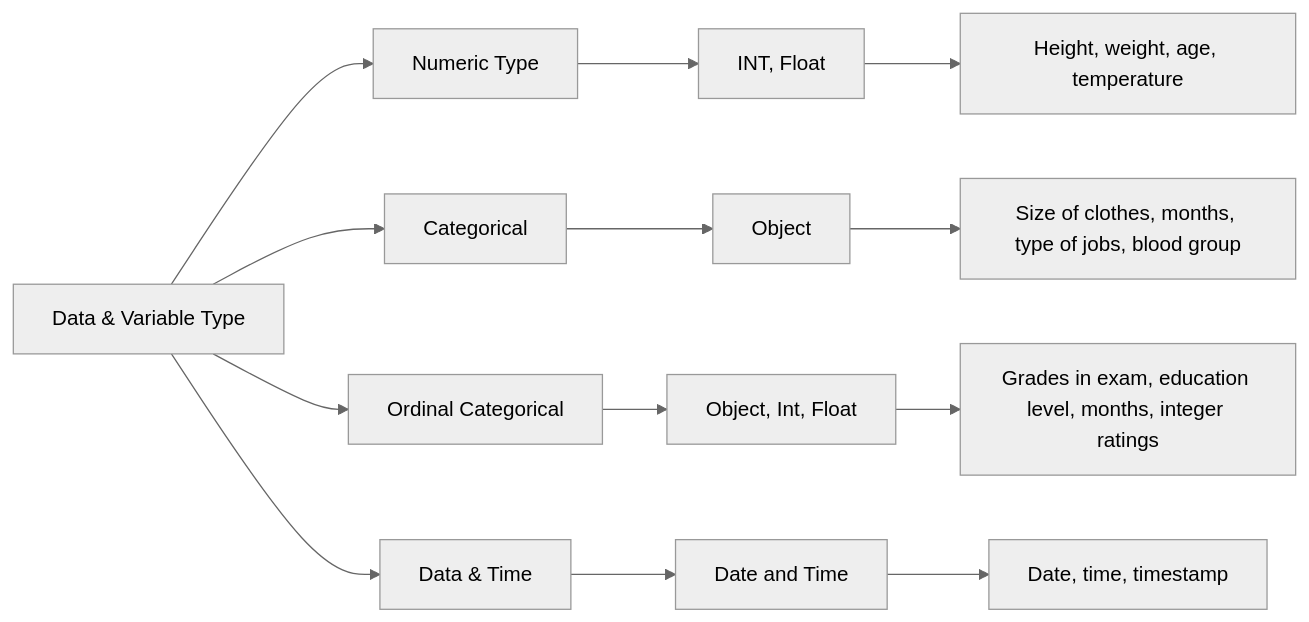
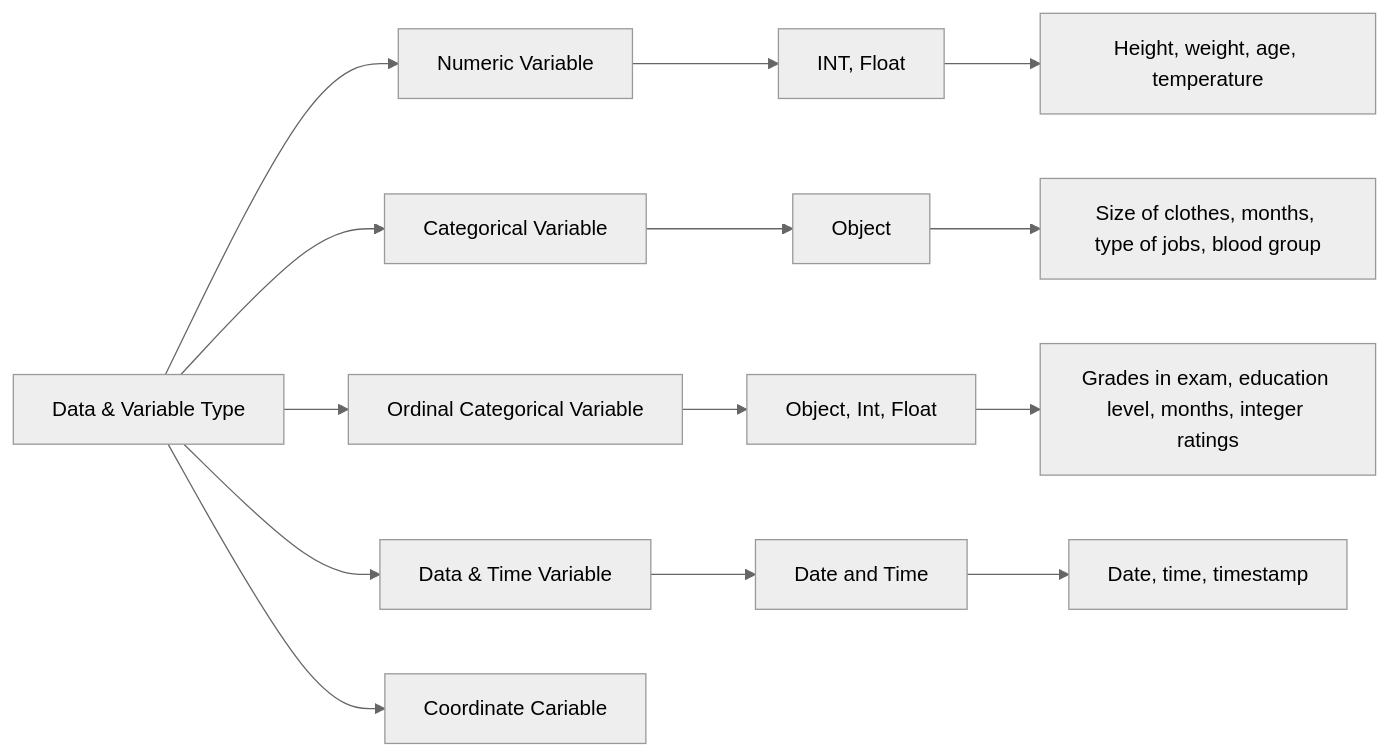
Before and after one commit to datagrad/EDA-of-Bank-Telemarketing-Campaign: the second of 4 diagrams in README.md, drawn with Mermaid (neutral theme).

````diff
--- a/README.md
+++ b/README.md
@@ -19,19 +19,20 @@
 ```mermaid
 graph LR;
-A[Data & Variable Type] --> B[Numeric Type];
+A[Data & Variable Type] --> B[Numeric Variable];
 
-A --> C[Categorical];
-A --> D[Ordinal Categorical];
-A --> E[Data & Time];
+A --> C[Categorical Variable];
+A --> D[Ordinal Categorical Variable];
+A --> E[Data & Time Variable];
+A --> N[Coordinate Cariable];
 
 B --> F[INT, Float];
 C --> G[Object];
 D --> H[Object, Int, Float];
 E --> I[Date and Time];
 
 F --> J[Height, weight, age, temperature];
 G --> K[Size of clothes, months, type of jobs, blood group];
 H --> L[Grades in exam, education level, months, integer ratings];
 I --> M[Date, time, timestamp];
 
 ```
````
